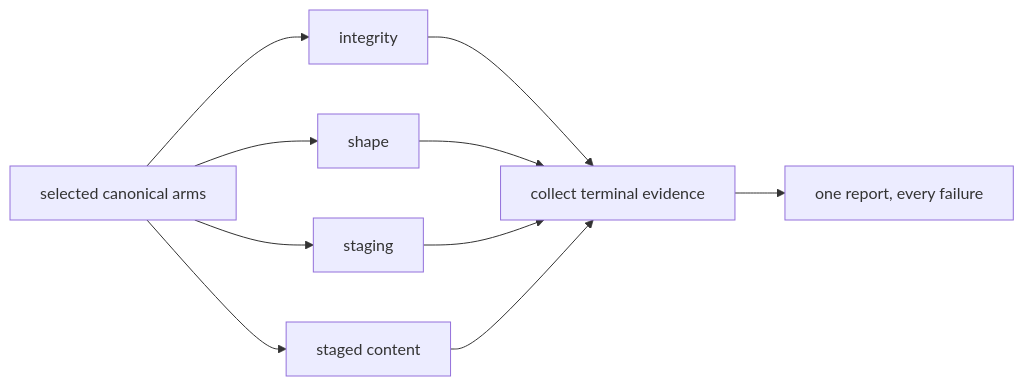
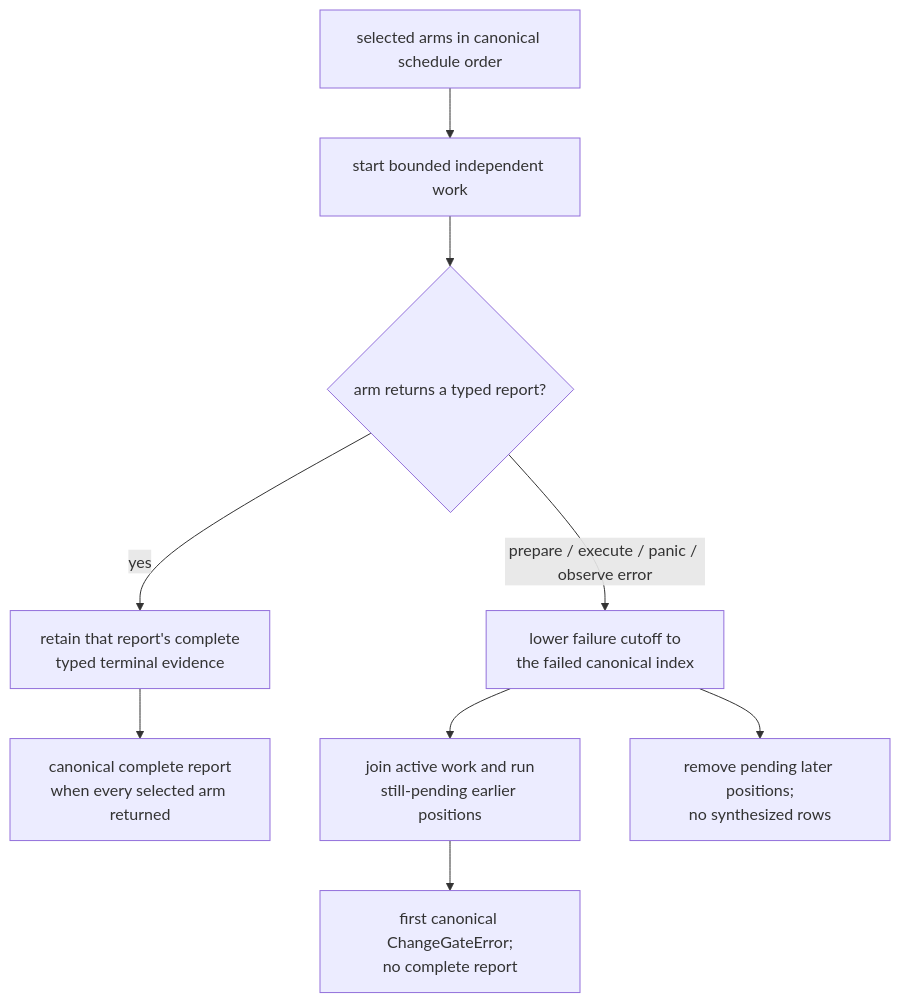
One commit to infimalabs/spice-rust changed the second of 13 diagrams in docs/product/checks.md. Above: the diagram before and after it, drawn with Mermaid. The commit also changed other lines of this file and 120 other files, not shown here.

````diff
--- a/docs/product/checks.md
+++ b/docs/product/checks.md
@@ -55,12 +55,11 @@
 ```mermaid
-flowchart LR
-  Selection["selected canonical arms"] --> IntegrityStudy["integrity"]
-  Selection --> ShapeStudy["shape"]
-  Selection --> StagingStudy["staging"]
-  Selection --> ContentStudy["staged content"]
-  IntegrityStudy --> F["collect terminal evidence"]
-  ShapeStudy --> F
-  StagingStudy --> F
-  ContentStudy --> F
-  F --> R["one report, every failure"]
+flowchart TD
+  Selection["selected arms in canonical schedule order"] --> Started["start bounded independent work"]
+  Started --> T{"arm returns a typed report?"}
+  T -- yes --> F["retain that report's complete<br/>typed terminal evidence"]
+  F --> R["canonical complete report<br/>when every selected arm returned"]
+  T -- "prepare / execute / panic / observe error" --> C["lower failure cutoff to<br/>the failed canonical index"]
+  C --> J["join active work and run<br/>still-pending earlier positions"]
+  C --> U["remove pending later positions;<br/>no synthesized rows"]
+  J --> E["first canonical ChangeGateError;<br/>no complete report"]
 ```
````
